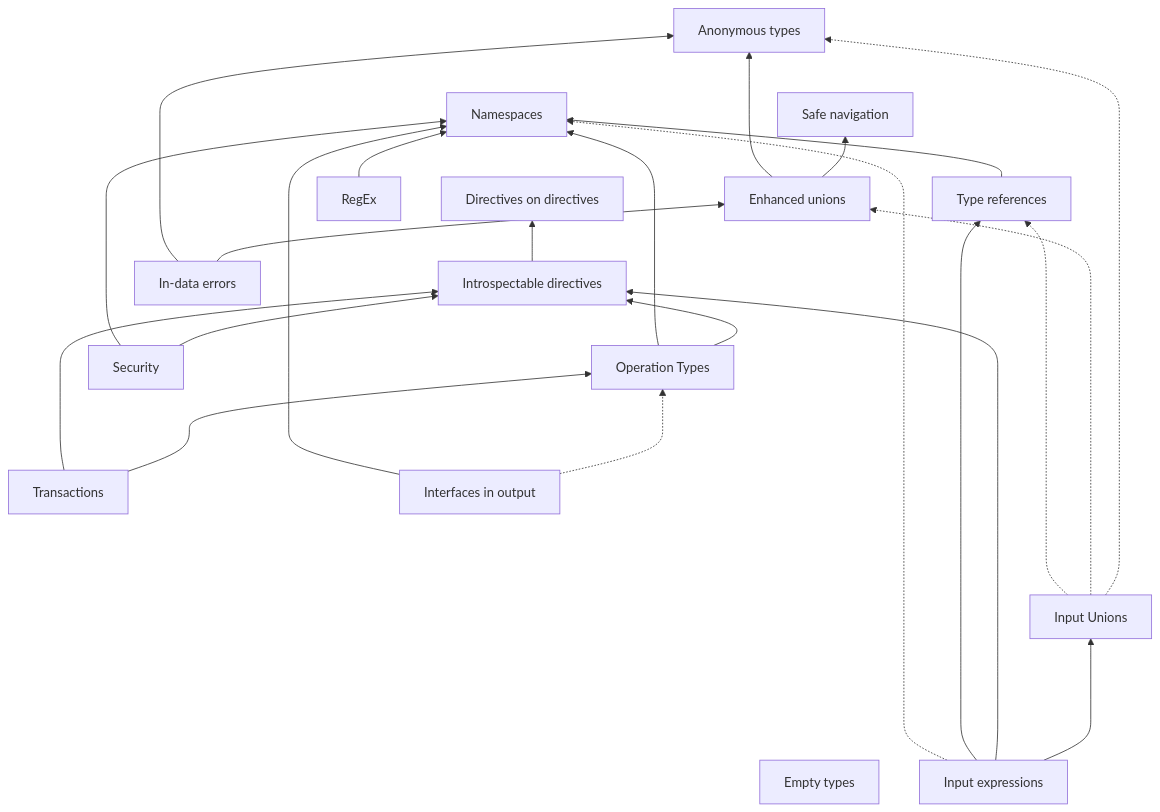
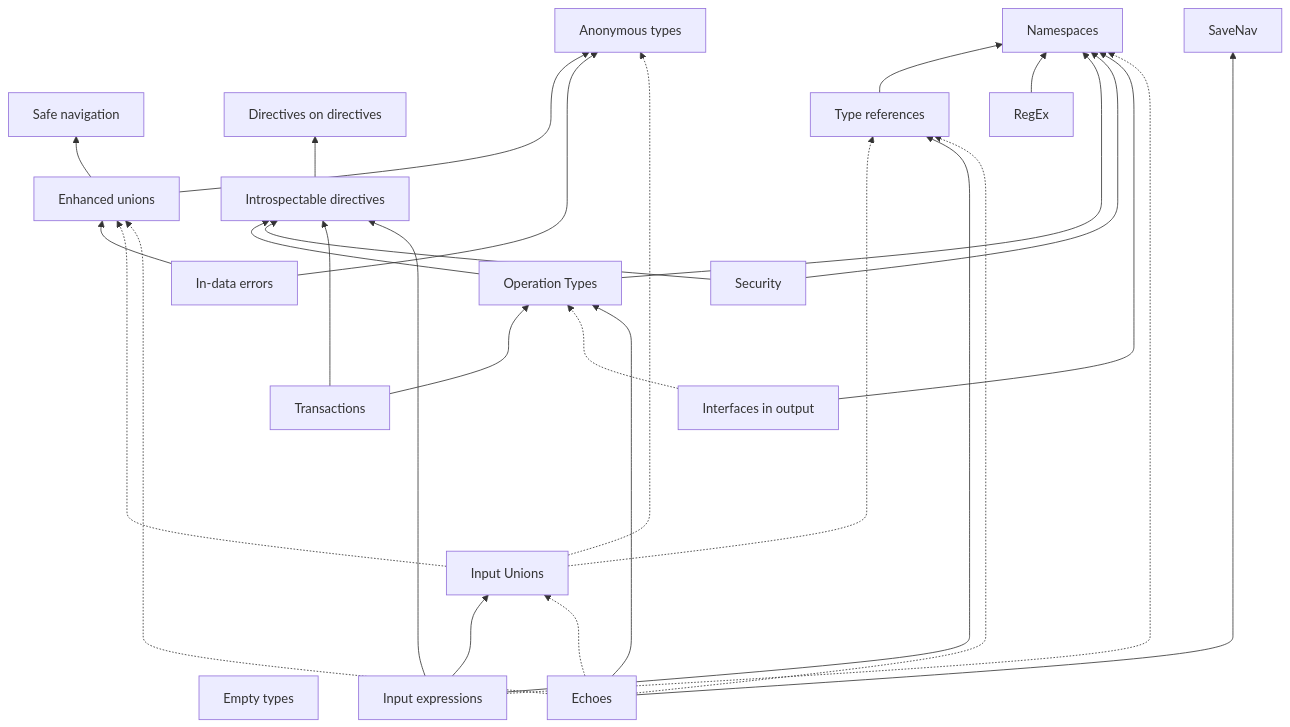
Before and after one commit to aleksandarsusnjar/graphql-wg: the diagram in rfcs/ComprehensiveEnhacement.md, drawn with Mermaid. The commit also changed other lines of this file and 4 other files, not shown here.

````diff
--- a/rfcs/ComprehensiveEnhacement.md
+++ b/rfcs/ComprehensiveEnhacement.md
@@ -76,47 +77,54 @@
 ```mermaid
 graph BT
   Anon[Anonymous types]
   SafeNav[Safe navigation]
   DirDir[Directives on directives]
   Namespaces
   Empty[Empty types]
 
 
   Unions[Enhanced unions] --> SafeNav
   Unions --> Anon
 
   IntroDir[Introspectable directives] --> DirDir 
 
   TypeRefs[Type references] --> Namespaces
 
   RegEx --> Namespaces
 
   Errors[In-data errors] --> Unions
   Errors ----> Anon
 
   Operations[Operation Types] --> IntroDir
   Operations[Operation Types] ----> Namespaces
 
   Security --> IntroDir
   Security ----> Namespaces
 
 
   Transactions --> Operations
   Transactions ----> IntroDir
 
   IfaceOut[Interfaces in output] -..-> Operations
   IfaceOut[Interfaces in output] ------> Namespaces
   
 
   InputUnions[Input Unions] -........-> Anon
   InputUnions -......-> Unions
   InputUnions -......-> TypeRefs 
 
 
   Expressions --> InputUnions
   Expressions[Input expressions] --------> IntroDir
   Expressions ----------> TypeRefs
   Expressions -..........-> Namespaces
+
+
+  Echoes --------> Operations
+  Echoes ------------> SaveNav
+  Echoes -..-> InputUnions
+  Echoes -........-> Unions
+  Echoes -........-> TypeRefs
   
   
 ```
````
